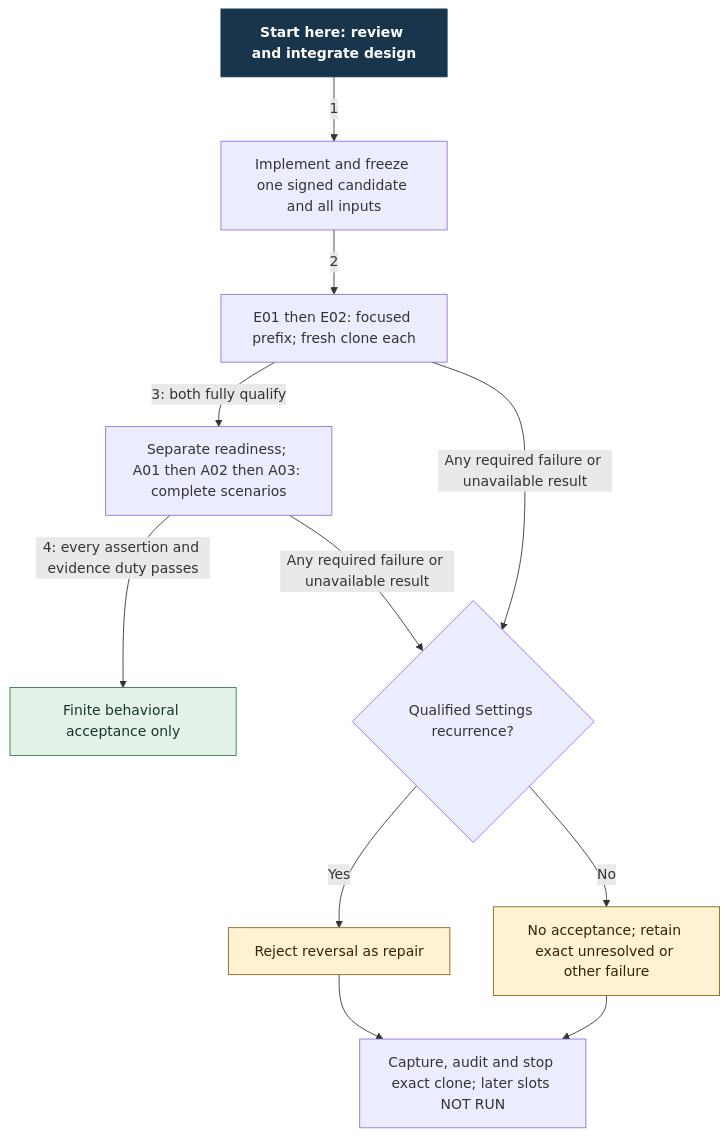
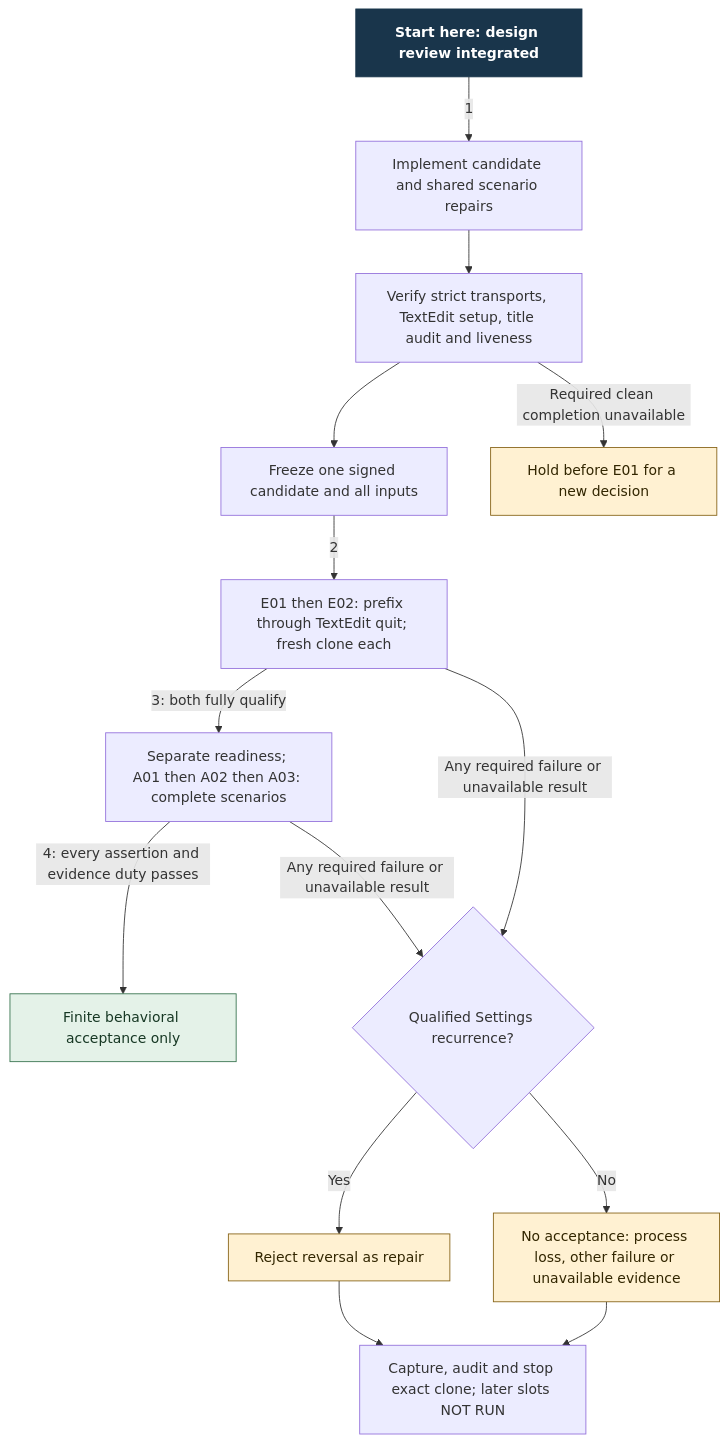
The diagram in docs/design/architecture/settings-activation/evaluation-outcomes.mmd (Linkuistics/Koine), drawn with Mermaid before and after one commit. The commit also changed 20 other files, not shown here.

Commit message:
settings-activation-ordering-evaluation-k51: integrate ordering design review

```diff
--- a/docs/design/architecture/settings-activation/evaluation-outcomes.mmd
+++ b/docs/design/architecture/settings-activation/evaluation-outcomes.mmd
@@ -1,15 +1,18 @@
 flowchart TD
-    S["Start here: review and integrate design"]:::start
-    S -->|1| F["Implement and freeze one signed candidate and all inputs"]
-    F -->|2| E["E01 then E02: focused prefix; fresh clone each"]
+    S["Start here: design review integrated"]:::start
+    S -->|1| F["Implement candidate and shared scenario repairs"]
+    F --> V["Verify strict transports, TextEdit setup, title audit and liveness"]
+    V --> Z["Freeze one signed candidate and all inputs"]
+    Z -->|2| E["E01 then E02: prefix through TextEdit quit; fresh clone each"]
     E -->|3: both fully qualify| A["Separate readiness; A01 then A02 then A03: complete scenarios"]
     A -->|4: every assertion and evidence duty passes| P["Finite behavioral acceptance only"]:::pass
     E -->|Any required failure or unavailable result| Q{"Qualified Settings recurrence?"}
     A -->|Any required failure or unavailable result| Q
     Q -->|Yes| R["Reject reversal as repair"]:::stop
-    Q -->|No| U["No acceptance; retain exact unresolved or other failure"]:::stop
+    Q -->|No| U["No acceptance: process loss, other failure or unavailable evidence"]:::stop
+    V -->|Required clean completion unavailable| H["Hold before E01 for a new decision"]:::stop
     R --> C["Capture, audit and stop exact clone; later slots NOT RUN"]
     U --> C
     classDef start fill:#19354b,color:#fff,font-weight:bold,stroke:#19354b
     classDef pass fill:#e4f2e8,color:#173824,stroke:#37734e
     classDef stop fill:#fff1d2,color:#322600,stroke:#866216
```
